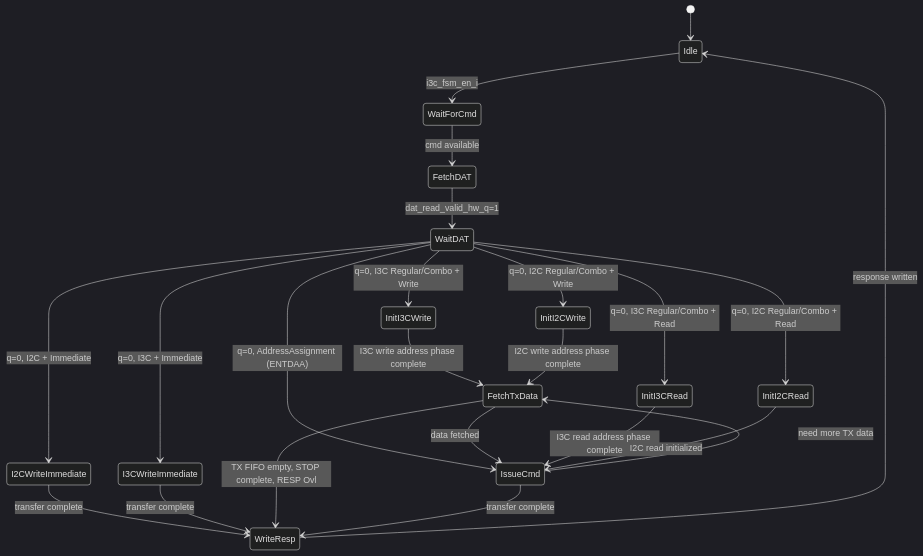
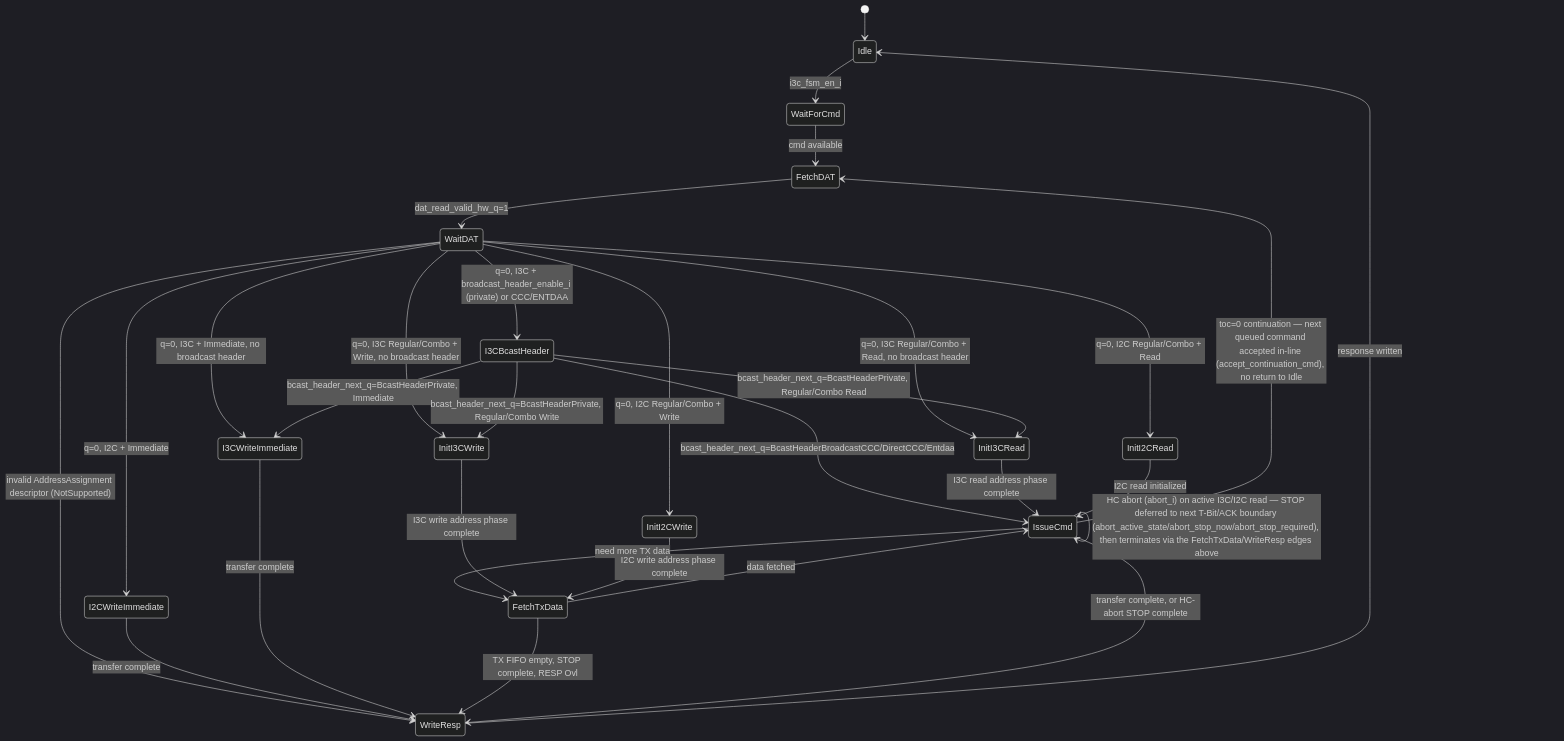
Before and after one commit to minhuy206/i3c: the diagram in docs/module_specs/09_flow_active_spec.md, drawn with Mermaid (dark theme). The commit also changed other lines of this file and 33 other files, not shown here.

````diff
--- a/docs/module_specs/09_flow_active_spec.md
+++ b/docs/module_specs/09_flow_active_spec.md
@@ -208,33 +230,42 @@
 ```mermaid
 stateDiagram-v2
     [*] --> Idle
     Idle --> WaitForCmd: i3c_fsm_en_i
 
     WaitForCmd --> FetchDAT: cmd available
 
     FetchDAT --> WaitDAT: dat_read_valid_hw_q=1
 
     WaitDAT --> I2CWriteImmediate: q=0, I2C + Immediate
-    WaitDAT --> I3CWriteImmediate: q=0, I3C + Immediate
-    WaitDAT --> InitI3CWrite: q=0, I3C Regular/Combo + Write
-    WaitDAT --> InitI3CRead: q=0, I3C Regular/Combo + Read
+    WaitDAT --> I3CBcastHeader: q=0, I3C + broadcast_header_enable_i (private) or CCC/ENTDAA
+    WaitDAT --> I3CWriteImmediate: q=0, I3C + Immediate, no broadcast header
+    WaitDAT --> InitI3CWrite: q=0, I3C Regular/Combo + Write, no broadcast header
+    WaitDAT --> InitI3CRead: q=0, I3C Regular/Combo + Read, no broadcast header
     WaitDAT --> InitI2CWrite: q=0, I2C Regular/Combo + Write
     WaitDAT --> InitI2CRead: q=0, I2C Regular/Combo + Read
-    WaitDAT --> IssueCmd: q=0, AddressAssignment (ENTDAA)
+    WaitDAT --> WriteResp: invalid AddressAssignment descriptor (NotSupported)
+
+    I3CBcastHeader --> I3CWriteImmediate: bcast_header_next_q=BcastHeaderPrivate, Immediate
+    I3CBcastHeader --> IssueCmd: bcast_header_next_q=BcastHeaderBroadcastCCC/DirectCCC/Entdaa
+    I3CBcastHeader --> InitI3CWrite: bcast_header_next_q=BcastHeaderPrivate, Regular/Combo Write
+    I3CBcastHeader --> InitI3CRead: bcast_header_next_q=BcastHeaderPrivate, Regular/Combo Read
 
     I2CWriteImmediate --> WriteResp: transfer complete
     I3CWriteImmediate --> WriteResp: transfer complete
 
     FetchTxData --> IssueCmd: data fetched
     FetchTxData --> WriteResp: TX FIFO empty, STOP complete, RESP Ovl
 
     IssueCmd --> FetchTxData: need more TX data
-    IssueCmd --> WriteResp: transfer complete
+    IssueCmd --> WriteResp: transfer complete, or HC-abort STOP complete
+    IssueCmd --> FetchDAT: toc=0 continuation — next queued command accepted in-line (accept_continuation_cmd), no return to Idle
 
     InitI3CWrite --> FetchTxData: I3C write address phase complete
     InitI3CRead --> IssueCmd: I3C read address phase complete
     InitI2CWrite --> FetchTxData: I2C write address phase complete
     InitI2CRead --> IssueCmd: I2C read initialized
 
     WriteResp --> Idle: response written
+
+    IssueCmd --> IssueCmd: HC abort (abort_i) on active I3C/I2C read — STOP deferred to next T-Bit/ACK boundary (abort_active_state/abort_stop_now/abort_stop_required), then terminates via the FetchTxData/WriteResp edges above
 ```
````
